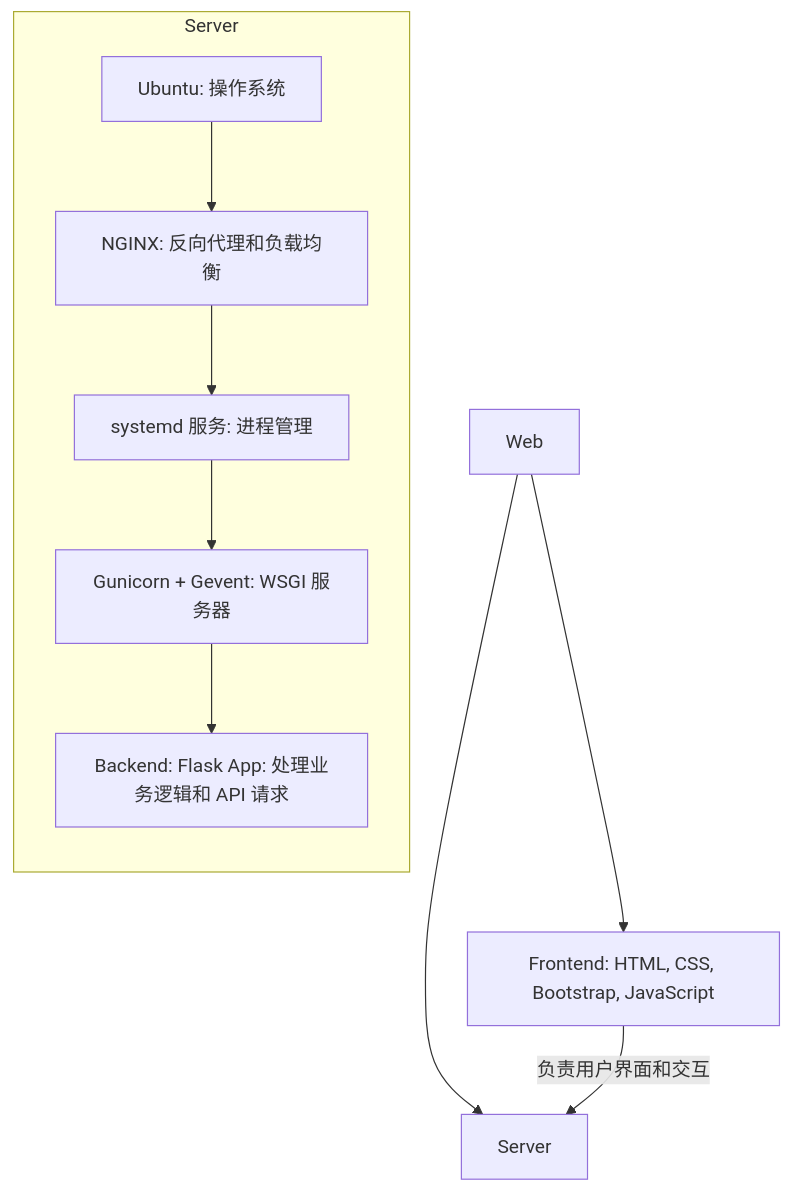
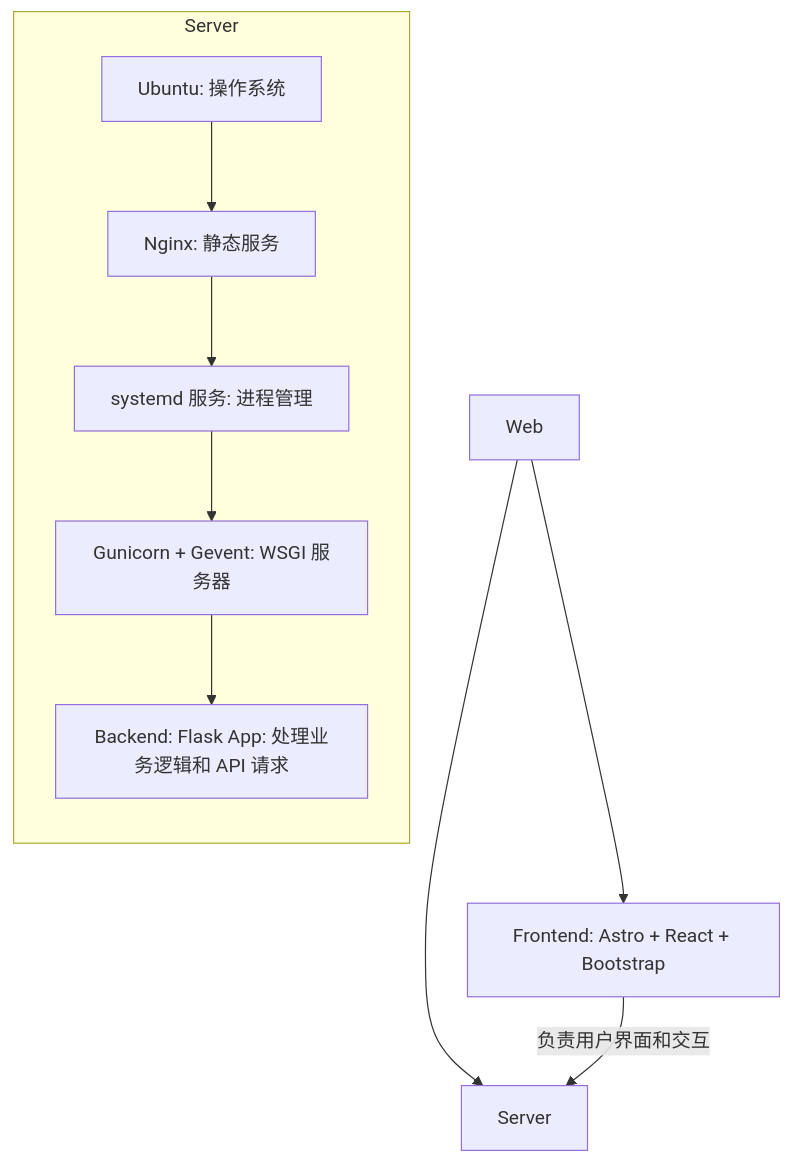
Before and after one commit to RendaZhang/rendazhang: the second of 2 diagrams in README.md, drawn with Mermaid. The commit also changed other lines of this file and 2 other files, not shown here.

````diff
--- a/README.md
+++ b/README.md
@@ -157,14 +157,14 @@
 ```mermaid
 flowchart TD
-    A[Web] --> B[Frontend: HTML, CSS, Bootstrap, JavaScript]
+    A[Web] --> B[Frontend: Astro + React + Bootstrap]
     A --> C[Server]
     B -->|负责用户界面和交互| C
 
     subgraph Server
         direction TB
-        D[Ubuntu: 操作系统] --> E[NGINX: 反向代理和负载均衡]
+        D[Ubuntu: 操作系统] --> E[Nginx: 静态服务]
         E --> F[systemd 服务: 进程管理]
         F --> G[Gunicorn + Gevent: WSGI 服务器]
         G --> H[Backend: Flask App: 处理业务逻辑和 API 请求]
     end
 ```
````
